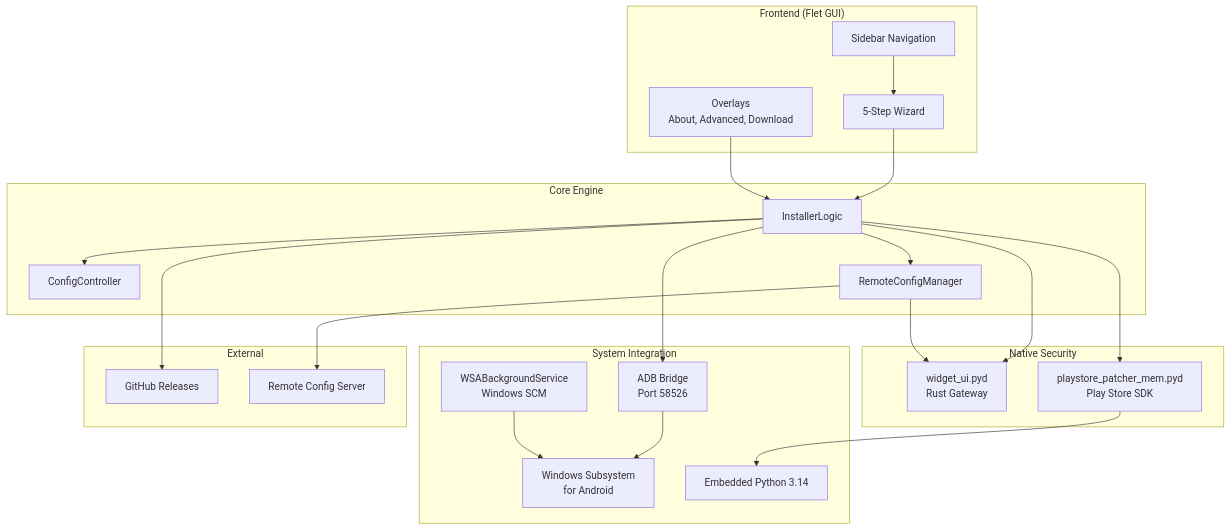
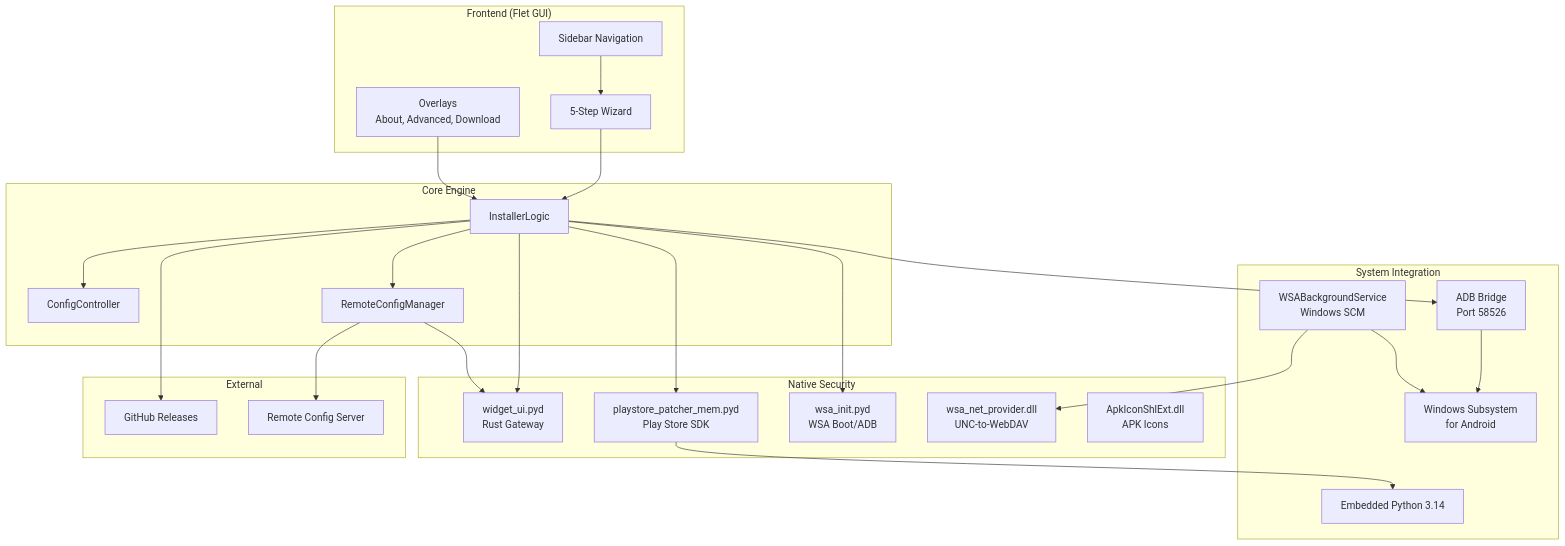
One commit to WSA-Installer/wsa-installer changed the first of 2 diagrams in README.md. Above: the diagram before and after it, drawn with Mermaid. The commit also changed other lines of this file and 1 other file, not shown here.

First line of the commit message:
docs: update README with official icon, new CLI args, and architecture diagrams

````diff
--- a/README.md
+++ b/README.md
@@ -280,46 +276,51 @@
 ```mermaid
 graph TB
     subgraph "Frontend (Flet GUI)"
         WIZARD[5-Step Wizard]
         OVERLAY[Overlays<br/>About, Advanced, Download]
         SB[Sidebar Navigation]
     end
 
     subgraph "Core Engine"
         IL[InstallerLogic]
         CC[ConfigController]
         RCM[RemoteConfigManager]
     end
 
     subgraph "Native Security"
         WU[widget_ui.pyd<br/>Rust Gateway]
         PS[playstore_patcher_mem.pyd<br/>Play Store SDK]
+        WI[wsa_init.pyd<br/>WSA Boot/ADB]
+        NP[wsa_net_provider.dll<br/>UNC-to-WebDAV]
+        APK[ApkIconShlExt.dll<br/>APK Icons]
     end
 
     subgraph "System Integration"
         SVC[WSABackgroundService<br/>Windows SCM]
         ADB[ADB Bridge<br/>Port 58526]
         WSA[Windows Subsystem<br/>for Android]
         EMB[Embedded Python 3.14]
     end
 
     subgraph "External"
         GH[GitHub Releases]
         SERVER[Remote Config Server]
     end
 
     WIZARD --> IL
     OVERLAY --> IL
     SB --> WIZARD
     IL --> CC
     IL --> RCM
     IL --> WU
     IL --> PS
+    IL --> WI
     IL --> ADB
     ADB --> WSA
     PS --> EMB
     SVC --> WSA
+    SVC --> NP
     RCM --> WU
     RCM --> SERVER
     IL --> GH
 ```
````
